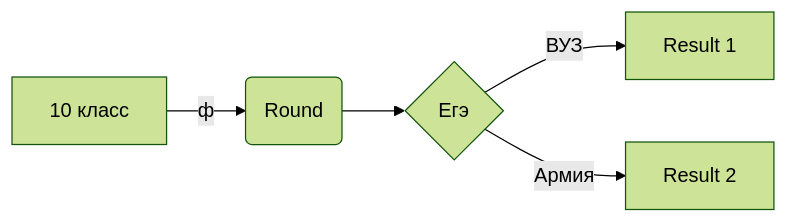
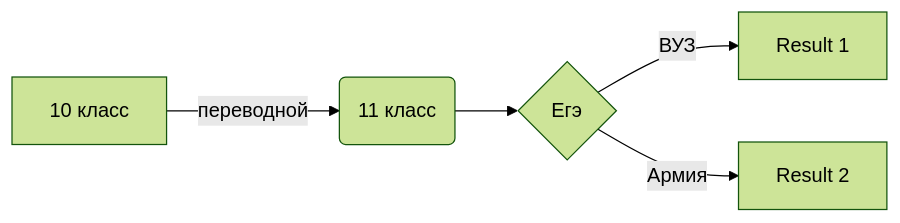
The diagram in README.md (yeryerix/inf), drawn with Mermaid (forest theme) before and after one commit.

````diff
--- a/README.md
+++ b/README.md
@@ -23,9 +23,9 @@
 ```mermaid
 
 flowchart LR
 
-A[10 класс] -->|ф| B(Round)
+A[10 класс] -->|переводной| B(11 класс)
 B --> C{Егэ}
 C -->|ВУЗ| D[Result 1]
 C -->|Армия| E[Result 2]
 ```
````
